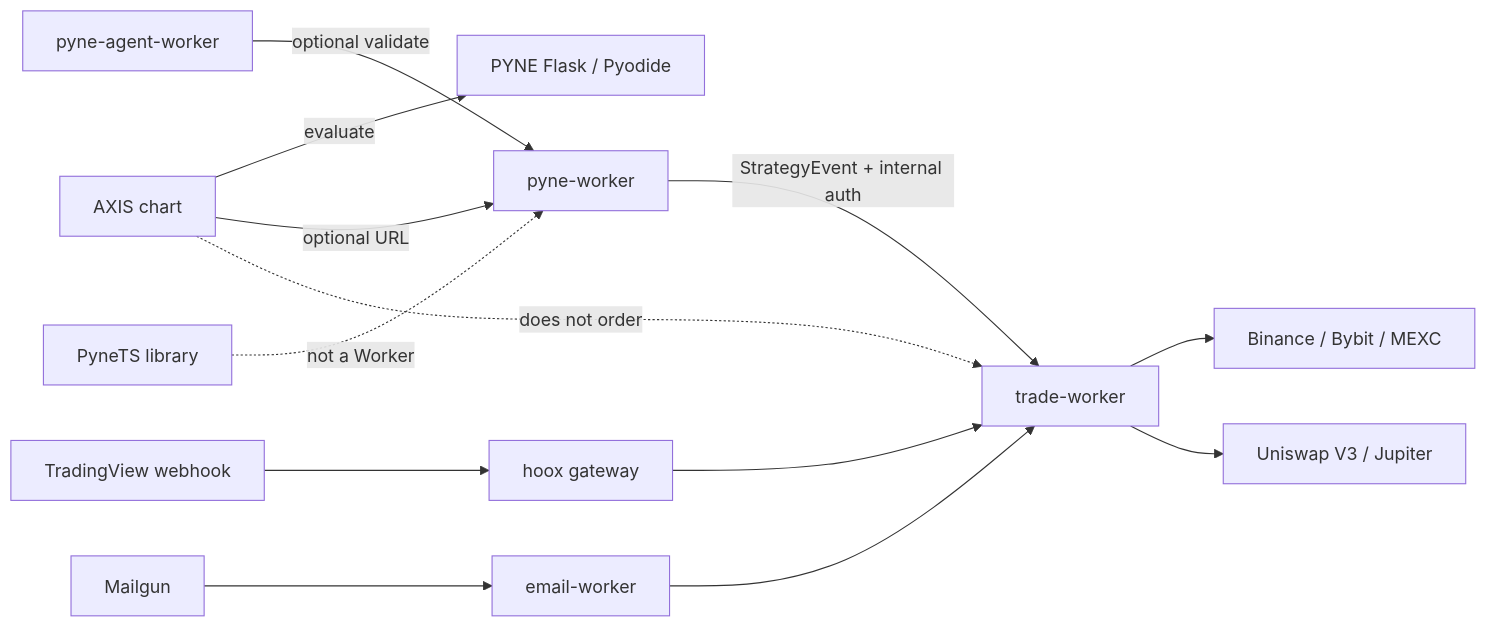
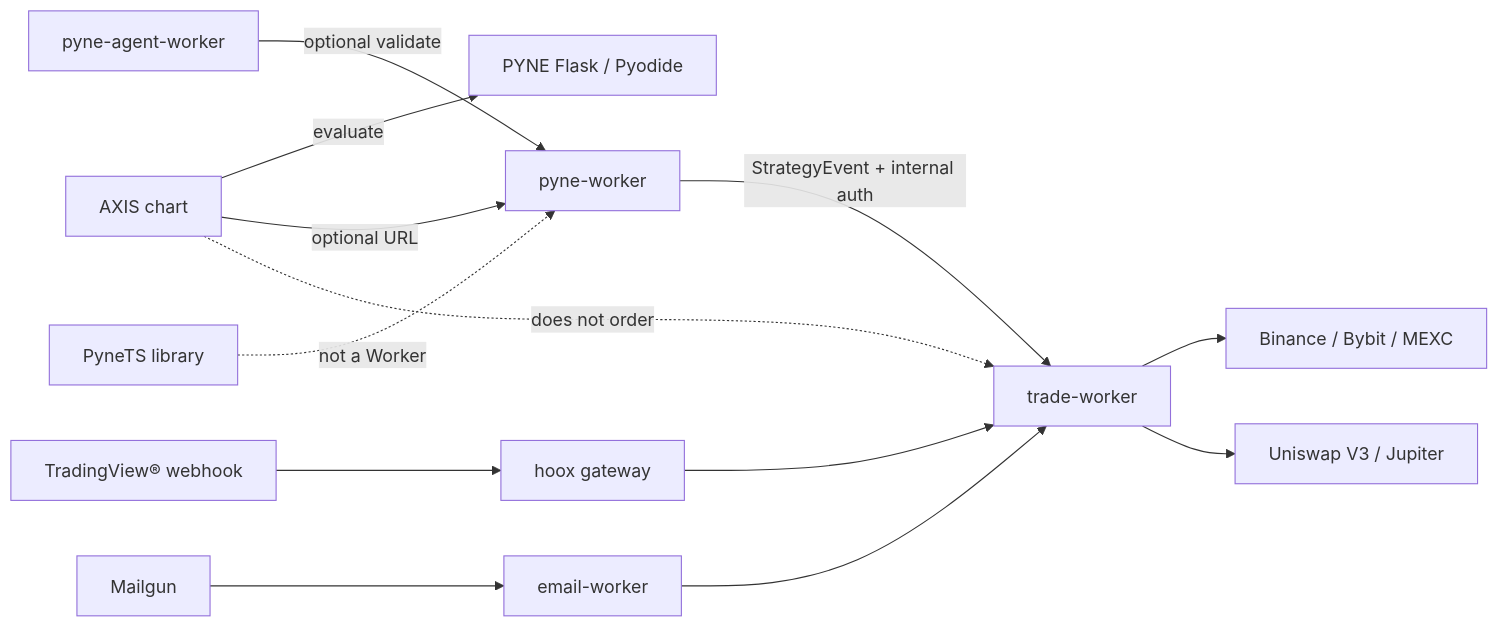
The diagram in docs/enduser/concepts/ecosystem.mdx (hoox-sh/hoox), drawn with Mermaid before and after one commit. The commit also changed other lines of this file and 55 other files, not shown here.

````diff
--- a/docs/enduser/concepts/ecosystem.mdx
+++ b/docs/enduser/concepts/ecosystem.mdx
@@ -32,15 +32,15 @@
 ```mermaid
 flowchart LR
   AXIS[AXIS chart] -->|evaluate| PYNE[PYNE Flask / Pyodide]
   AXIS -->|optional URL| PYW[pyne-worker]
   AGENT[pyne-agent-worker] -->|optional validate| PYW
-  TV[TradingView webhook] --> GW[hoox gateway]
+  TV[TradingView® webhook] --> GW[hoox gateway]
   MAIL[Mailgun] --> EW[email-worker]
   PYW -->|StrategyEvent + internal auth| TW[trade-worker]
   GW --> TW
   EW --> TW
   TW --> CEX[Binance / Bybit / MEXC]
   TW --> DEX[Uniswap V3 / Jupiter]
   AXIS -.->|does not order| TW
   PYNETS[PyneTS library] -.->|not a Worker| PYW
 ```
````
